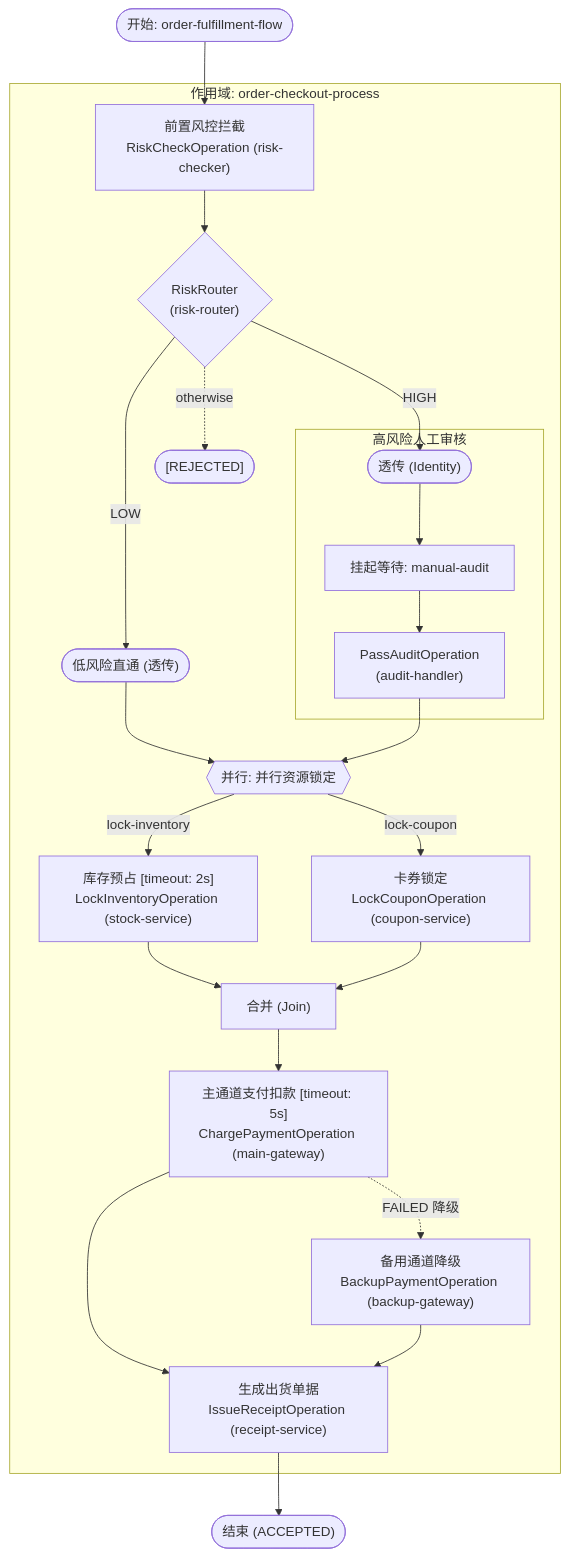
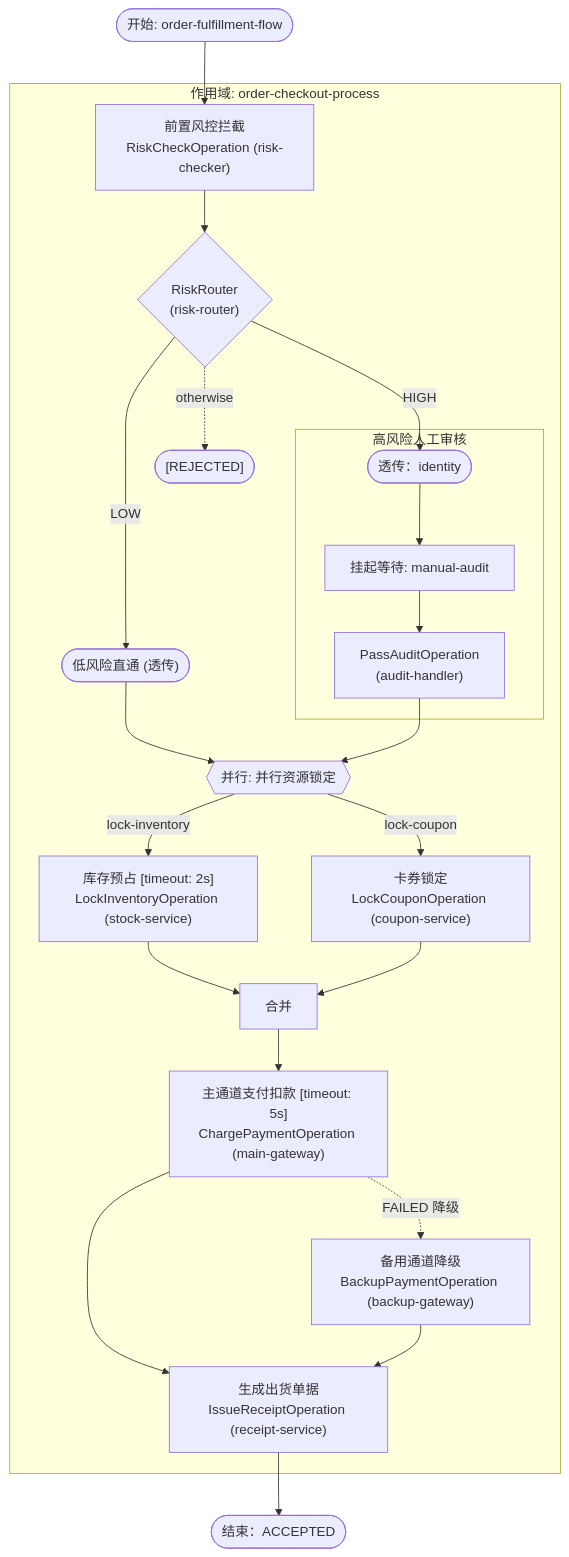
One commit to team4u/team4u-framework changed the second of 2 diagrams in docs/flow/flow-diagram.md. Above: the diagram before and after it, drawn with Mermaid. The commit also changed other lines of this file and 142 other files, not shown here.

````diff
--- a/docs/flow/flow-diagram.md
+++ b/docs/flow/flow-diagram.md
@@ -167,43 +167,43 @@
 ```mermaid
 flowchart TD
     flow_start(["开始: order-fulfillment-flow"])
-    flow_end(["结束 (ACCEPTED)"])
+    flow_end(["结束：ACCEPTED"])
 
     subgraph sg_n16 ["作用域: order-checkout-process"]
         n1["前置风控拦截<br/>RiskCheckOperation (risk-checker)"]
         n8{"RiskRouter<br/>(risk-router)"}
         n2(["低风险直通 (透传)"])
         n7(["[REJECTED]"])
         n11{{"并行: 并行资源锁定"}}
         n9["库存预占 [timeout: 2s]<br/>LockInventoryOperation (stock-service)"]
         n10["卡券锁定<br/>LockCouponOperation (coupon-service)"]
-        n12["合并 (Join)"]
+        n12["合并"]
         n13["主通道支付扣款 [timeout: 5s]<br/>ChargePaymentOperation (main-gateway)"]
         n14["备用通道降级<br/>BackupPaymentOperation (backup-gateway)"]
         n15["生成出货单据<br/>IssueReceiptOperation (receipt-service)"]
         subgraph sg_n6 ["高风险人工审核"]
-            n3(["透传 (Identity)"])
+            n3(["透传：identity"])
             n4["挂起等待: manual-audit"]
             n5["PassAuditOperation<br/>(audit-handler)"]
         end
     end
 
     n3 --> n4
     n4 --> n5
     n8 -->|LOW| n2
     n8 -->|HIGH| n3
     n8 -.->|otherwise| n7
     n11 -->|lock-inventory| n9
     n11 -->|lock-coupon| n10
     n9 --> n12
     n10 --> n12
     n13 -.->|FAILED 降级| n14
     n1 --> n8
     n2 --> n11
     n5 --> n11
     n12 --> n13
     n13 --> n15
     n14 --> n15
     flow_start --> n1
     n15 --> flow_end
 ```
````
